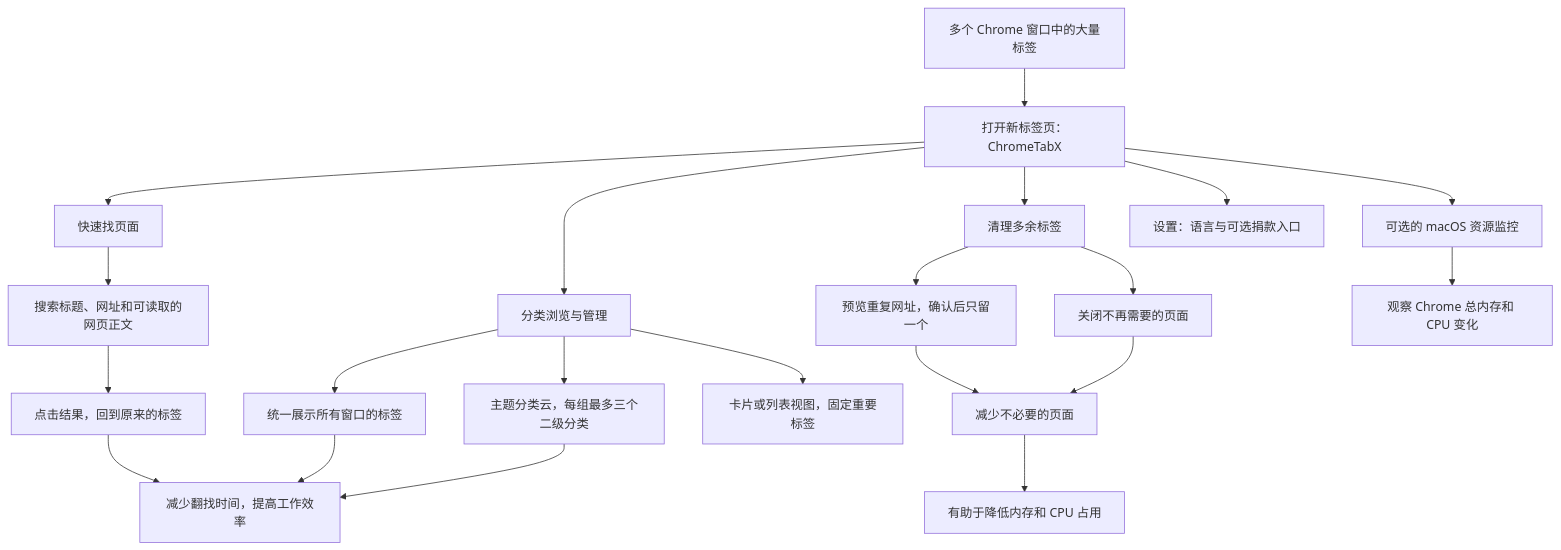
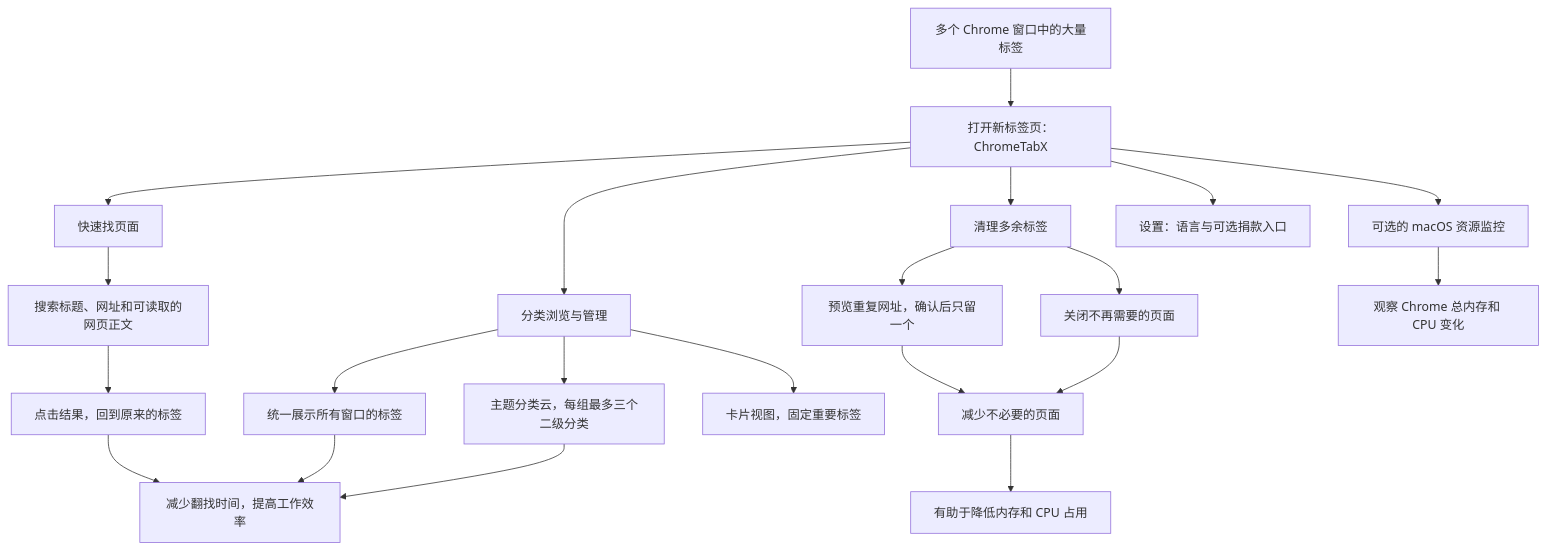
One commit to anzai3/ChromeTabX changed the diagram in README.zh-CN.md. Above: the diagram before and after it, drawn with Mermaid. The commit also changed other lines of this file and 7 other files, not shown here.

````diff
--- a/README.zh-CN.md
+++ b/README.zh-CN.md
@@ -21,23 +21,23 @@
 ```mermaid
 flowchart TD
     A[多个 Chrome 窗口中的大量标签] --> B[打开新标签页：ChromeTabX]
     B --> C[快速找页面]
     B --> D[分类浏览与管理]
     B --> E[清理多余标签]
     C --> C1[搜索标题、网址和可读取的网页正文]
     C1 --> C2[点击结果，回到原来的标签]
     D --> D1[统一展示所有窗口的标签]
     D --> D2[主题分类云，每组最多三个二级分类]
-    D --> D3[卡片或列表视图，固定重要标签]
+    D --> D3[卡片视图，固定重要标签]
     E --> E1[预览重复网址，确认后只留一个]
     E --> E2[关闭不再需要的页面]
     C2 --> F[减少翻找时间，提高工作效率]
     D1 --> F
     D2 --> F
     E1 --> G[减少不必要的页面]
     E2 --> G
     G --> H[有助于降低内存和 CPU 占用]
     B --> I[可选的 macOS 资源监控]
     I --> J[观察 Chrome 总内存和 CPU 变化]
     B --> K[设置：语言与可选捐款入口]
 ```
````
